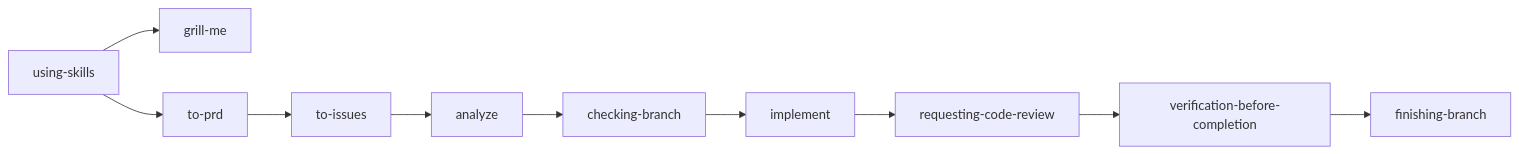
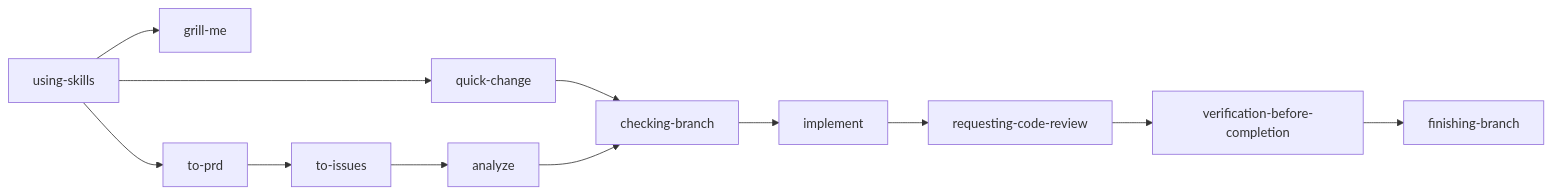
Before and after one commit to fjxyyzg3/Skills: the diagram in README.md, drawn with Mermaid. The commit also changed other lines of this file and 5 other files, not shown here.

````diff
--- a/README.md
+++ b/README.md
@@ -7,12 +7,14 @@
 ```mermaid
 flowchart LR
   Router["using-skills"] --> Grill["grill-me"]
+  Router --> Quick["quick-change"]
   Router --> PRD["to-prd"]
+  Quick --> Branch
   PRD --> Issues["to-issues"]
   Issues --> Analyze["analyze"]
   Analyze --> Branch["checking-branch"]
   Branch --> Implement["implement"]
   Implement --> Review["requesting-code-review"]
   Review --> Verify["verification-before-completion"]
   Verify --> Finish["finishing-branch"]
 ```
````
